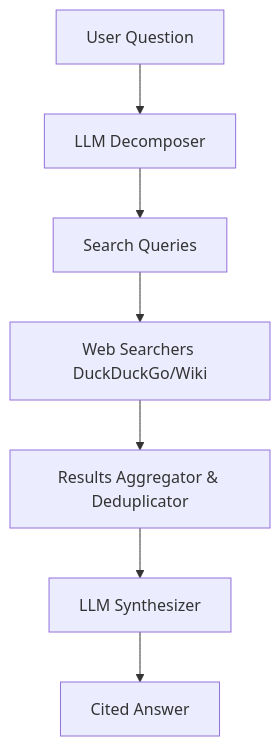
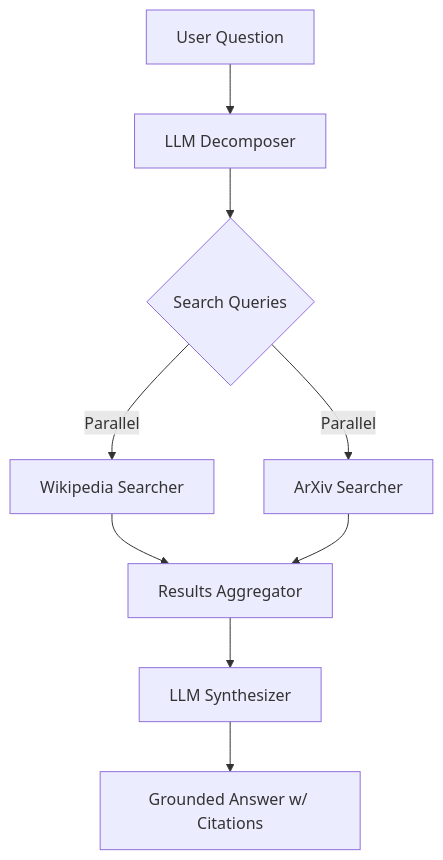
The diagram in README.md (tushar73-jet/worko-research-assistant), drawn with Mermaid before and after one commit. The commit also changed other lines of this file, not shown here.

````diff
--- a/README.md
+++ b/README.md
@@ -21,9 +26,11 @@
 ```mermaid
 graph TD
     A[User Question] --> B[LLM Decomposer]
-    B --> C[Search Queries]
-    C --> D[Web Searchers DuckDuckGo/Wiki]
-    D --> E[Results Aggregator & Deduplicator]
+    B --> C{Search Queries}
+    C -->|Parallel| D1[Wikipedia Searcher]
+    C -->|Parallel| D2[ArXiv Searcher]
+    D1 --> E[Results Aggregator]
+    D2 --> E
     E --> F[LLM Synthesizer]
-    F --> G[Cited Answer]
+    F --> G[Grounded Answer w/ Citations]
 ```
````
